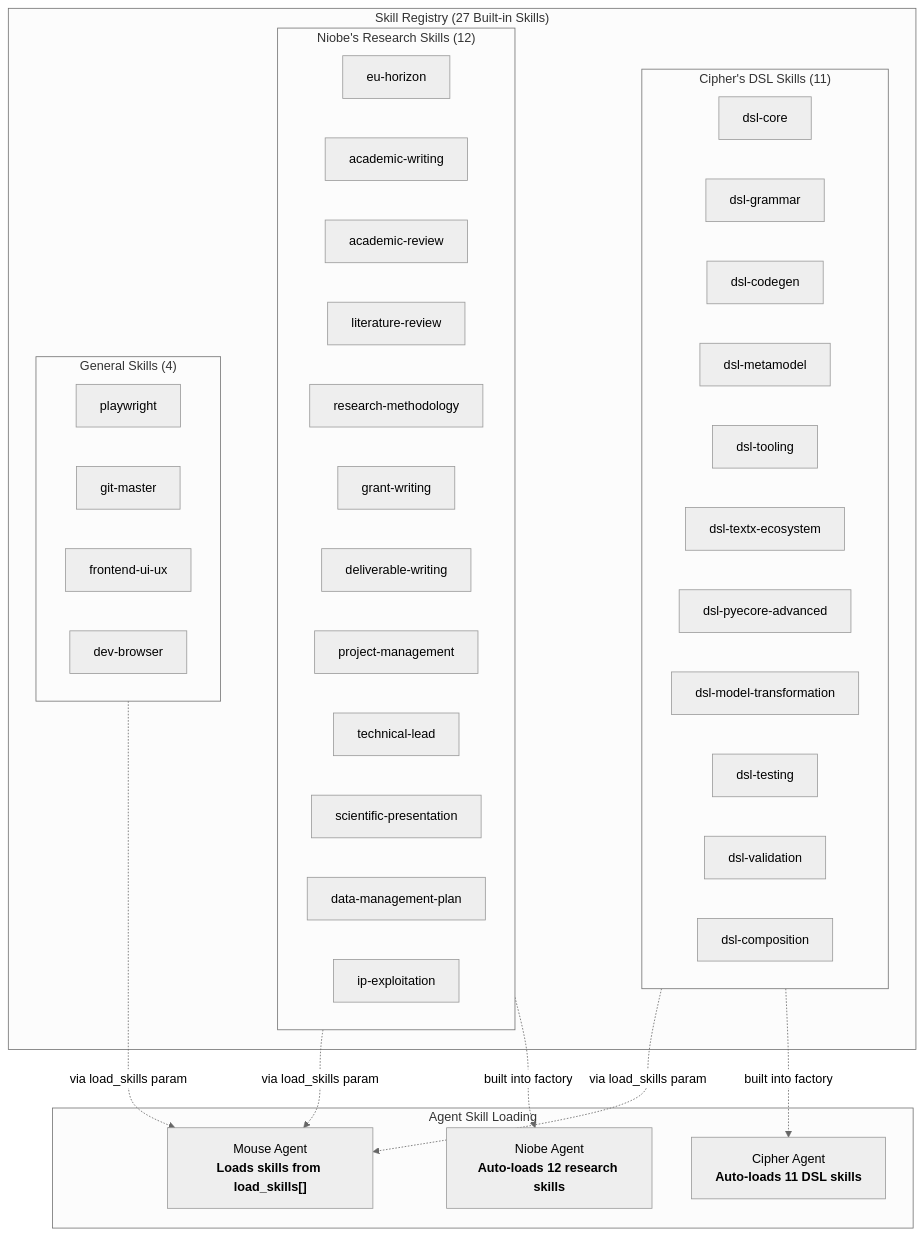
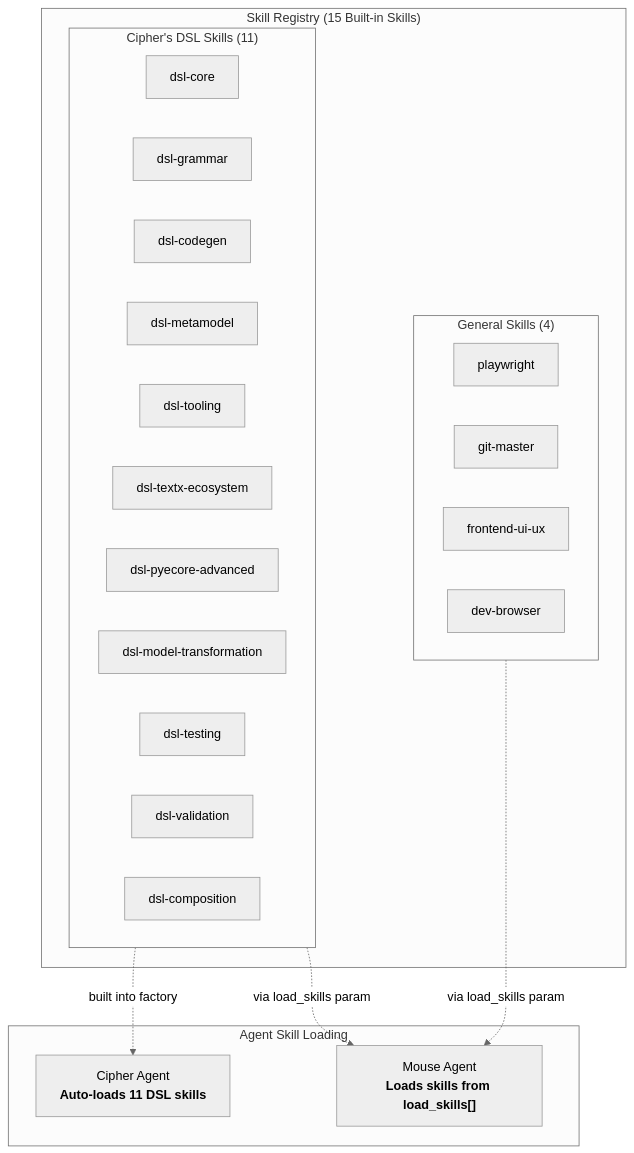
One commit to code-yeongyu/oh-my-openagent changed the fourth of 7 diagrams in docs/agent-architecture.md. Above: the diagram before and after it, drawn with Mermaid (neutral theme). The commit also changed other lines of this file and 2 other files, not shown here.

Commit message:
docs: remove Niobe from documentation pages
Remove Niobe agent sections and references from agent architecture, agents list, and configuration documentation as part of extracting Niobe into a standalone OpenCode plugin.

````diff
--- a/docs/agent-architecture.md
+++ b/docs/agent-architecture.md
@@ -173,52 +170,34 @@
 ```mermaid
 graph TD
-    subgraph SKILL_REGISTRY["Skill Registry (27 Built-in Skills)"]
+    subgraph SKILL_REGISTRY["Skill Registry (15 Built-in Skills)"]
         subgraph DSL_SKILLS["Cipher's DSL Skills (11)"]
             S1["dsl-core"]
             S2["dsl-grammar"]
             S3["dsl-codegen"]
             S4["dsl-metamodel"]
             S5["dsl-tooling"]
             S6["dsl-textx-ecosystem"]
             S7["dsl-pyecore-advanced"]
             S8["dsl-model-transformation"]
             S9["dsl-testing"]
             S10["dsl-validation"]
             S11["dsl-composition"]
         end
 
-        subgraph NIOBE_SKILLS["Niobe's Research Skills (12)"]
-            N1["eu-horizon"]
-            N2["academic-writing"]
-            N3["academic-review"]
-            N4["literature-review"]
-            N5["research-methodology"]
-            N6["grant-writing"]
-            N7["deliverable-writing"]
-            N8["project-management"]
-            N9["technical-lead"]
-            N10["scientific-presentation"]
-            N11["data-management-plan"]
-            N12["ip-exploitation"]
-        end
-
         subgraph GENERAL_SKILLS["General Skills (4)"]
             G1["playwright"]
             G2["git-master"]
             G3["frontend-ui-ux"]
             G4["dev-browser"]
         end
     end
 
     subgraph AGENTS["Agent Skill Loading"]
         CIP_AGENT["Cipher Agent<br/><b>Auto-loads 11 DSL skills</b>"]
-        NIO_AGENT["Niobe Agent<br/><b>Auto-loads 12 research skills</b>"]
         MOUSE_AGENT["Mouse Agent<br/><b>Loads skills from load_skills[]</b>"]
     end
 
     DSL_SKILLS -.->|"built into factory"| CIP_AGENT
-    NIOBE_SKILLS -.->|"built into factory"| NIO_AGENT
     GENERAL_SKILLS -.->|"via load_skills param"| MOUSE_AGENT
     DSL_SKILLS -.->|"via load_skills param"| MOUSE_AGENT
-    NIOBE_SKILLS -.->|"via load_skills param"| MOUSE_AGENT
 ```
````
